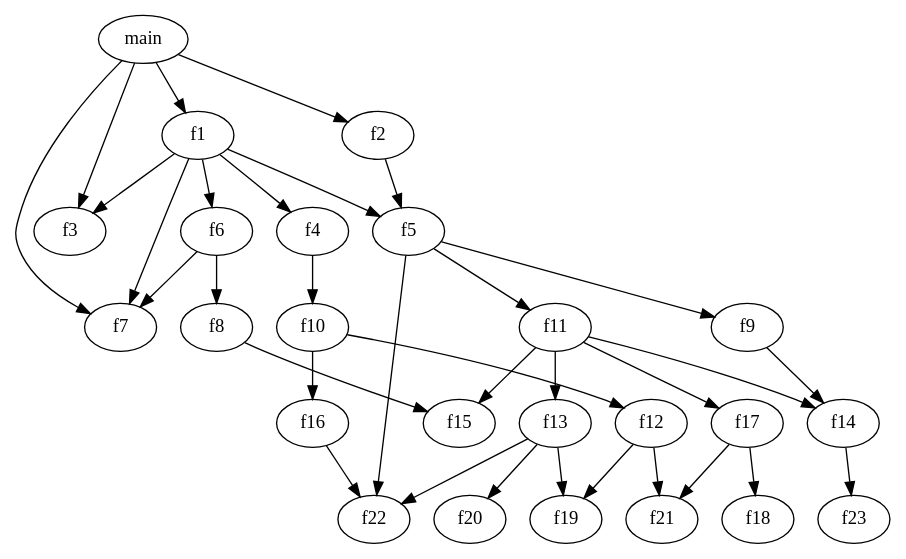
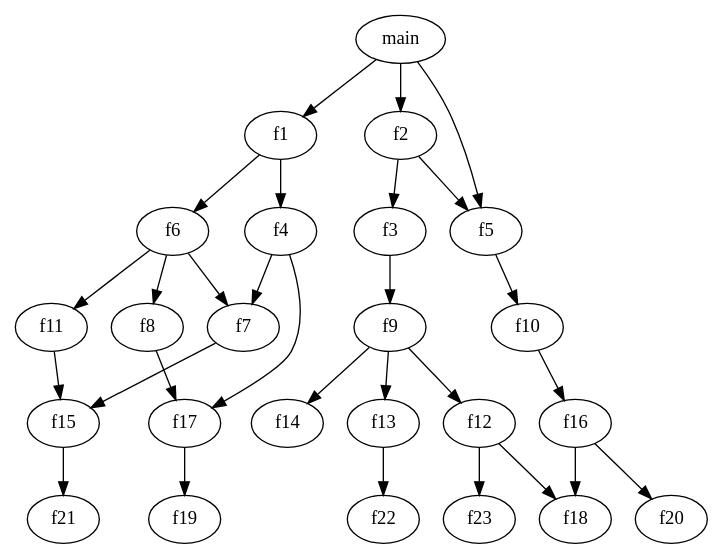
Before and after one commit to bugraonal/randomDAGgenerator: the diagram in graph.gv, drawn with Graphviz. The commit also changed 2 other files, not shown here.

```diff
--- a/graph.gv
+++ b/graph.gv
@@ -1,59 +1,54 @@
 digraph {
 	0 [label=main]
 	1 [label=f1]
 	0 -> 1
 	2 [label=f2]
 	0 -> 2
 	3 [label=f3]
-	1 -> 3
+	2 -> 3
 	4 [label=f4]
 	1 -> 4
 	5 [label=f5]
 	2 -> 5
 	6 [label=f6]
 	1 -> 6
 	7 [label=f7]
-	6 -> 7
+	4 -> 7
 	8 [label=f8]
 	6 -> 8
 	9 [label=f9]
-	5 -> 9
+	3 -> 9
 	10 [label=f10]
-	4 -> 10
+	5 -> 10
 	11 [label=f11]
-	5 -> 11
+	6 -> 11
 	12 [label=f12]
-	10 -> 12
+	9 -> 12
 	13 [label=f13]
-	11 -> 13
+	9 -> 13
 	14 [label=f14]
 	9 -> 14
 	15 [label=f15]
-	8 -> 15
+	11 -> 15
 	16 [label=f16]
 	10 -> 16
 	17 [label=f17]
-	11 -> 17
+	8 -> 17
 	18 [label=f18]
-	17 -> 18
+	12 -> 18
 	19 [label=f19]
-	12 -> 19
+	17 -> 19
 	20 [label=f20]
-	13 -> 20
+	16 -> 20
 	21 [label=f21]
-	17 -> 21
+	15 -> 21
 	22 [label=f22]
-	16 -> 22
+	13 -> 22
 	23 [label=f23]
-	14 -> 23
-	0 -> 3
-	0 -> 7
-	1 -> 7
-	1 -> 5
-	5 -> 22
-	11 -> 14
-	11 -> 15
-	12 -> 21
-	13 -> 22
-	13 -> 19
+	12 -> 23
+	0 -> 5
+	4 -> 17
+	6 -> 7
+	7 -> 15
+	16 -> 18
 }
```
